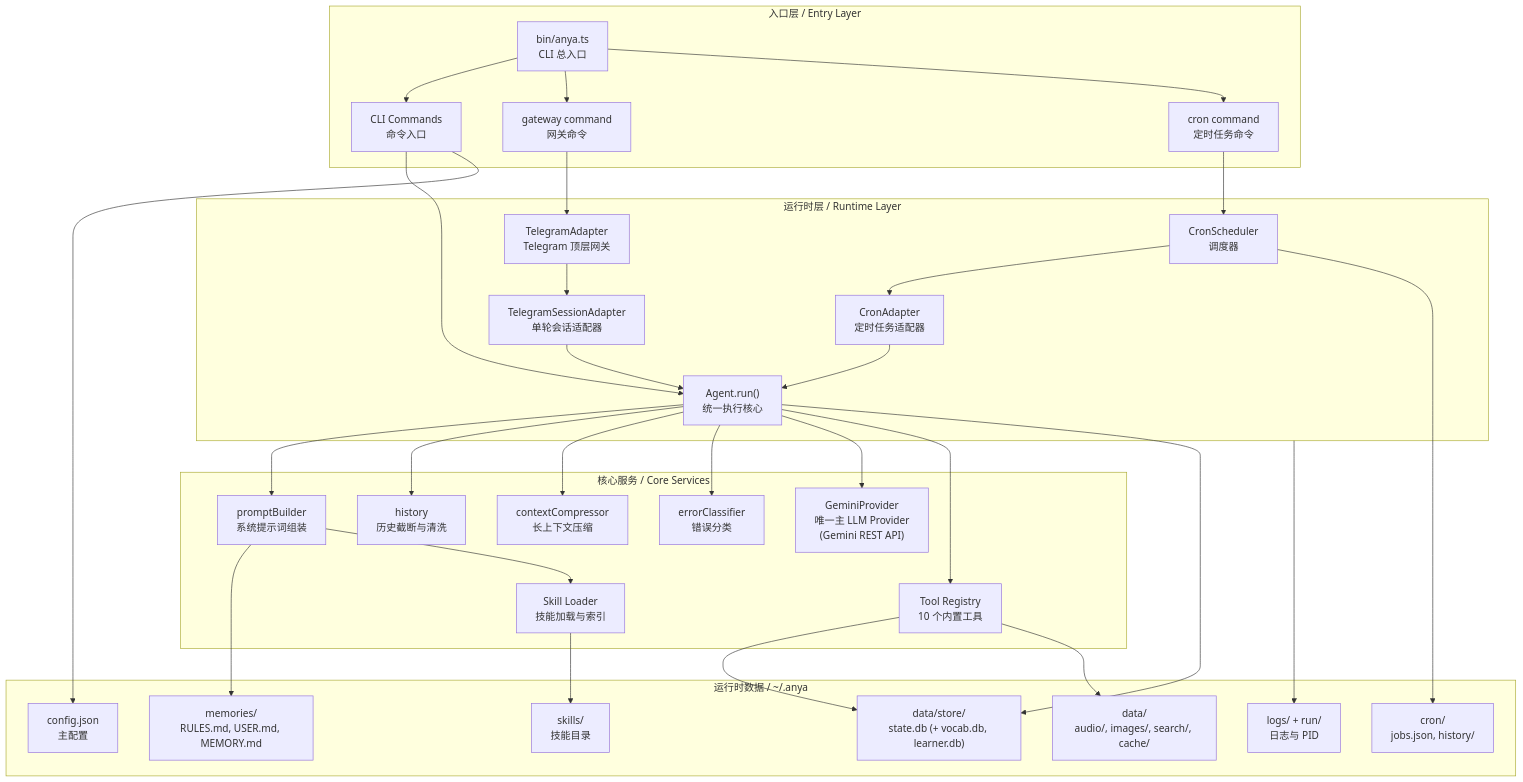
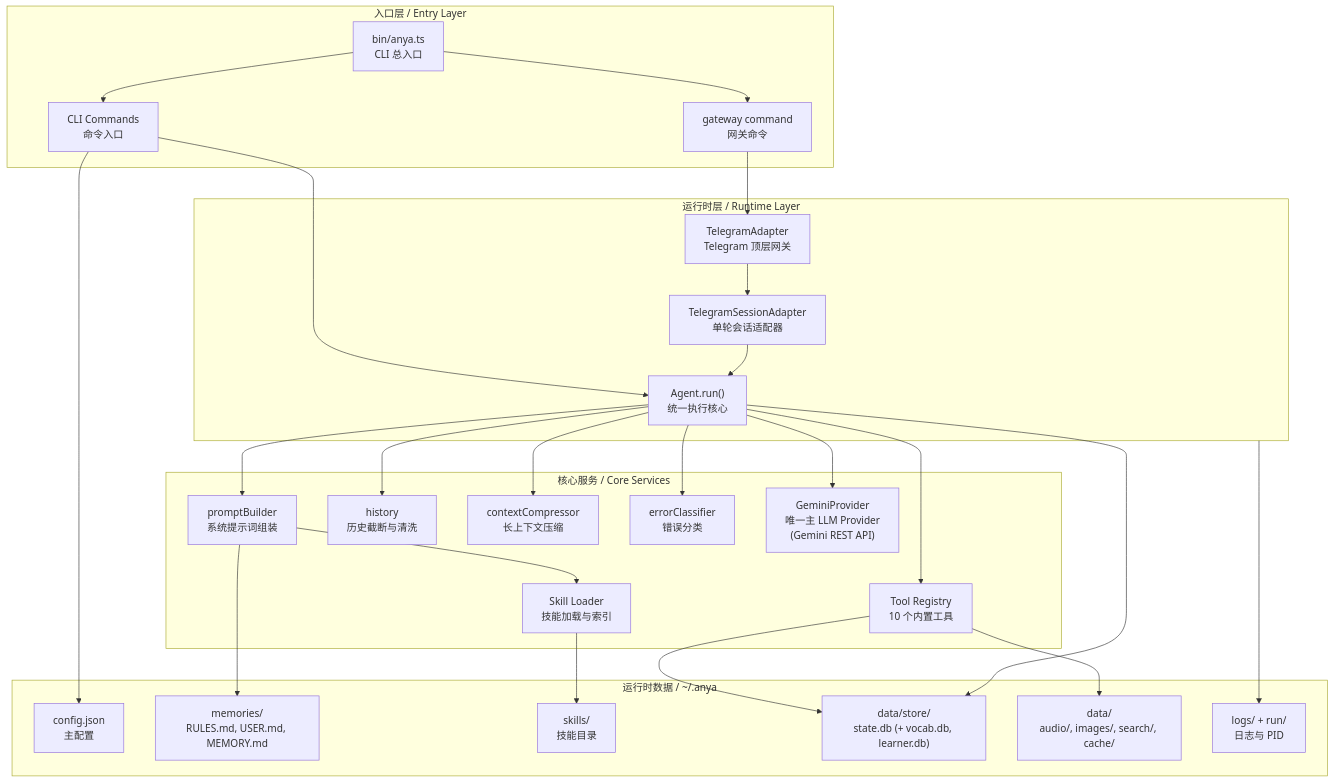
The first of 12 diagrams in docs/architecture-diagrams.md (boltguo/anya), drawn with Mermaid before and after one commit. The commit also changed other lines of this file and 40 other files, not shown here.

Commit message:
refactor: remove cron scheduler and background task management dependencies

````diff
--- a/docs/architecture-diagrams.md
+++ b/docs/architecture-diagrams.md
@@ -13,68 +13,59 @@
 ```mermaid
 graph TB
   subgraph Entry["入口层 / Entry Layer"]
     BIN["bin/anya.ts\nCLI 总入口"]
     CLI["CLI Commands\n命令入口"]
     GWCMD["gateway command\n网关命令"]
-    CRONCMD["cron command\n定时任务命令"]
   end
 
   subgraph Runtime["运行时层 / Runtime Layer"]
     AGENT["Agent.run()\n统一执行核心"]
     TGADAPTER["TelegramAdapter\nTelegram 顶层网关"]
     TGSESSION["TelegramSessionAdapter\n单轮会话适配器"]
-    SCHED["CronScheduler\n调度器"]
-    CRONADAPTER["CronAdapter\n定时任务适配器"]
   end
 
   subgraph Core["核心服务 / Core Services"]
     PROMPT["promptBuilder\n系统提示词组装"]
     HISTORY["history\n历史截断与清洗"]
     COMPRESS["contextCompressor\n长上下文压缩"]
     ERR["errorClassifier\n错误分类"]
     PROVIDER["GeminiProvider\n唯一主 LLM Provider\n(Gemini REST API)"]
     TOOLS["Tool Registry\n10 个内置工具"]
     SKILLS["Skill Loader\n技能加载与索引"]
   end
 
   subgraph Data["运行时数据 / ~/.anya"]
     CONFIG["config.json\n主配置"]
     MEM["memories/\nRULES.md, USER.md, MEMORY.md"]
     SKDIR["skills/\n技能目录"]
-    CRONDIR["cron/\njobs.json, history/"]
     STORE["data/store/\nstate.db (+ vocab.db, learner.db)"]
     MEDIA["data/\naudio/, images/, search/, cache/"]
     LOGS["logs/ + run/\n日志与 PID"]
   end
 
   BIN --> CLI
   BIN --> GWCMD
-  BIN --> CRONCMD
 
   CLI --> AGENT
   GWCMD --> TGADAPTER
   TGADAPTER --> TGSESSION
   TGSESSION --> AGENT
 
-  CRONCMD --> SCHED
-  SCHED --> CRONADAPTER
-  CRONADAPTER --> AGENT
 
   AGENT --> PROMPT
   AGENT --> HISTORY
   AGENT --> COMPRESS
   AGENT --> ERR
   AGENT --> PROVIDER
   AGENT --> TOOLS
 
   PROMPT --> MEM
   PROMPT --> SKILLS
   SKILLS --> SKDIR
 
   TOOLS --> STORE
   TOOLS --> MEDIA
   AGENT --> STORE
   CLI --> CONFIG
-  SCHED --> CRONDIR
   Runtime --> LOGS
 ```
````
